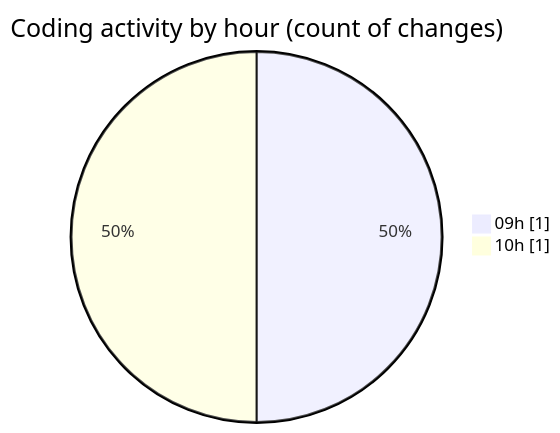
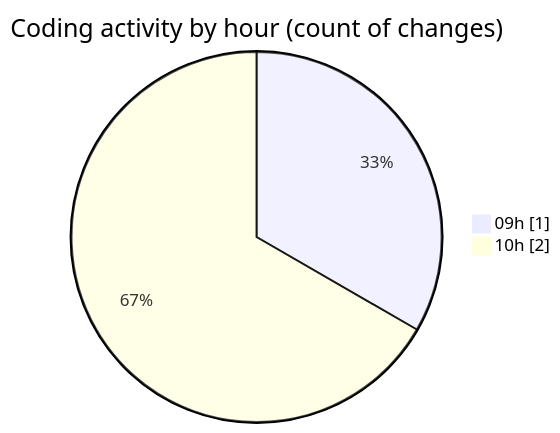
The second of 2 diagrams in 2025-03-28/synth_911data_gen/README.md (trdunsworth/code-tracking), drawn with Mermaid before and after one commit. The commit also changed other lines of this file and 1 other file, not shown here.

````diff
--- a/2025-03-28/synth_911data_gen/README.md
+++ b/2025-03-28/synth_911data_gen/README.md
@@ -28,6 +28,6 @@
 ```mermaid
 pie showData
 title Coding activity by hour (count of changes)
 "09h" : 1
-"10h" : 1
+"10h" : 2
 ```
````
